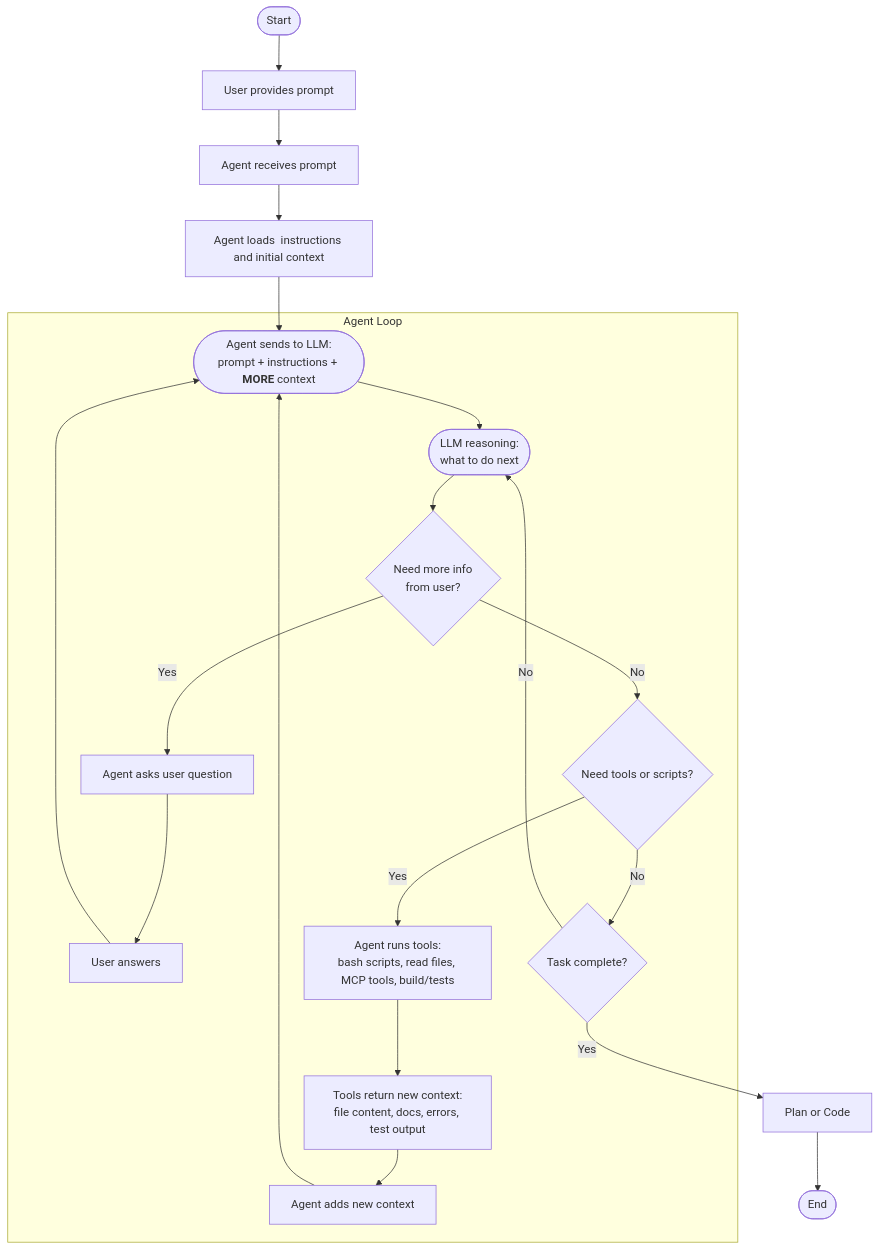
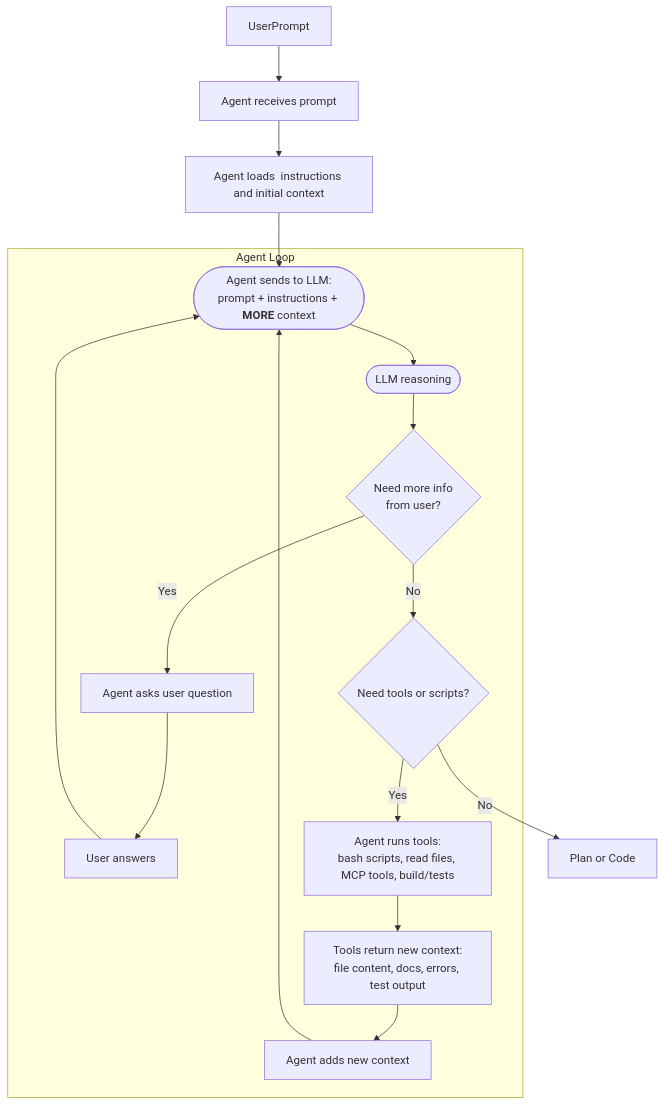
One commit to iJustHelp/dev-context-mcp-server changed the first of 3 diagrams in design/theory.md. Above: the diagram before and after it, drawn with Mermaid. The commit also changed other lines of this file and 1 other file, not shown here.

````diff
--- a/design/theory.md
+++ b/design/theory.md
@@ -6,37 +26,29 @@
 ```mermaid
 flowchart TD
-    Start([Start]) --> UserPrompt[User provides prompt]
 
     UserPrompt --> Agent[Agent receives prompt]
 
     Agent --> LoadContext[Agent loads  instructions and initial context]
 
     LoadContext --> SendToLLM([Agent sends to LLM:<br/>prompt + instructions + <b>MORE</b> context])
 
 subgraph Loop["Agent Loop"]
-    SendToLLM --> LLMThink([LLM reasoning:<br/>what to do next])
+    SendToLLM --> LLMThink([LLM reasoning])
 
     LLMThink --> NeedQuestion{Need more info<br/>from user?}
 
     NeedQuestion -- Yes --> AskUser[Agent asks user question]
     AskUser --> UserAnswer[User answers]
     UserAnswer --> SendToLLM
 
     NeedQuestion -- No --> NeedTools{Need tools or scripts?}
 
     NeedTools -- Yes --> RunTools[Agent runs tools:<br/>bash scripts, read files, MCP tools, build/tests]
     RunTools --> ToolOutput[Tools return new context:<br/>file content, docs, errors, test output]
 
     ToolOutput --> UpdateContext[Agent adds new context]
     UpdateContext --> SendToLLM
+end
+    NeedTools -- No --> FinalResult[Plan or Code]
 
-    NeedTools -- No --> DoneCheck{Task complete?}
-
-    DoneCheck -- No --> LLMThink
-
-end
-
-    DoneCheck -- Yes --> FinalResult[Plan or Code]
-
-    FinalResult --> End([End])
 ```
````
